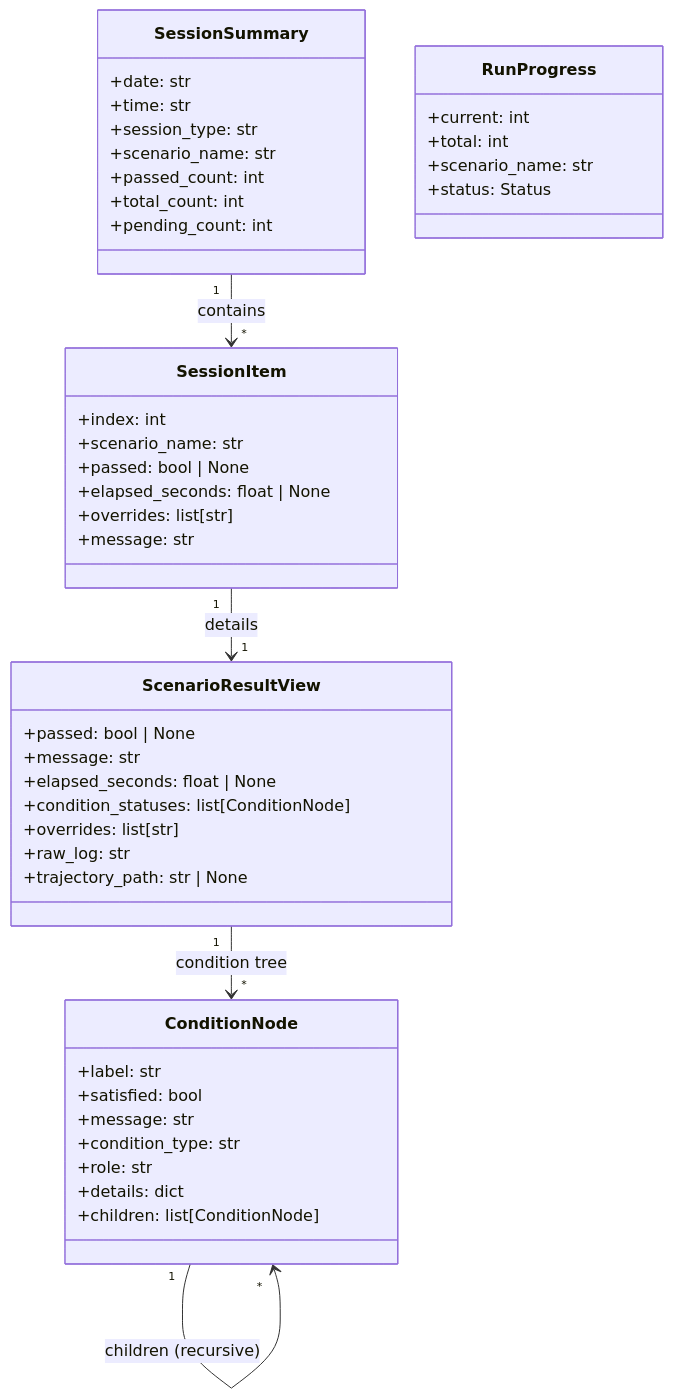
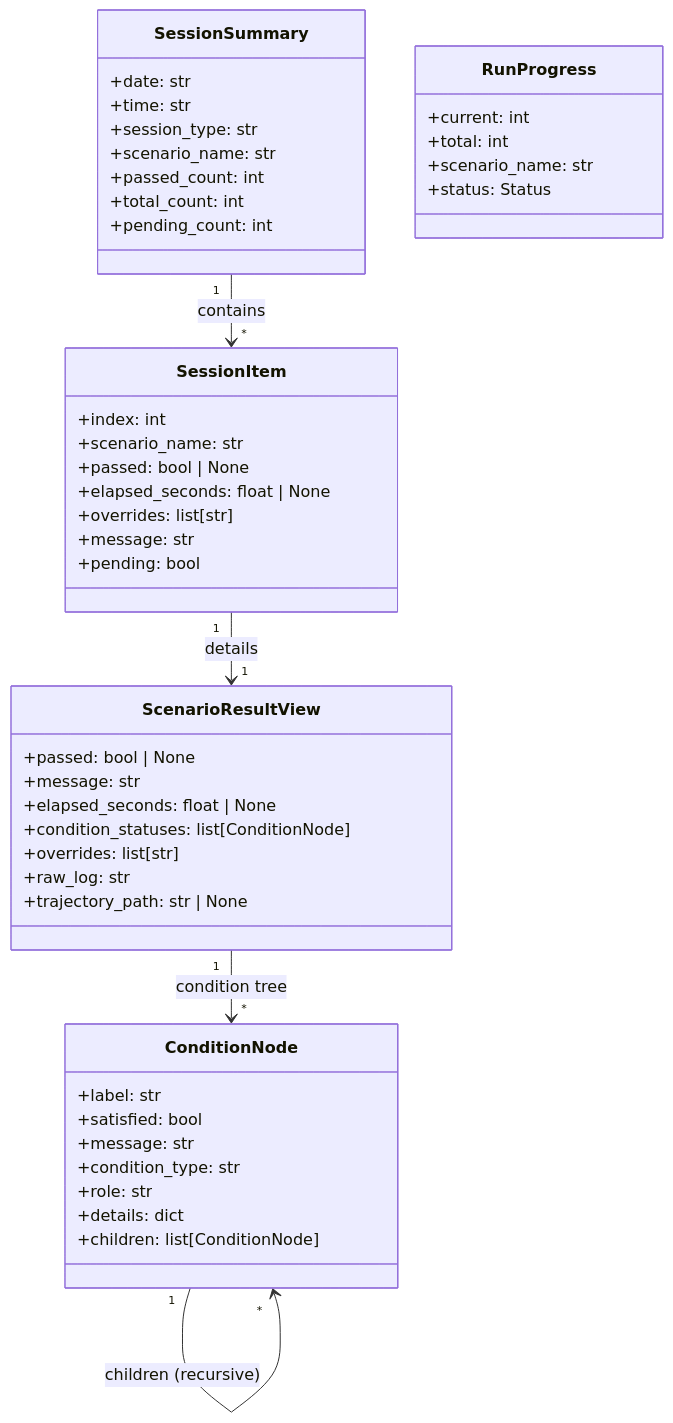
Before and after one commit to autowarefoundation/autoware_carla_scenario: the eighth of 13 diagrams in autoware_carla_scenario/docs/architecture.md, drawn with Mermaid. The commit also changed other lines of this file and 7 other files, not shown here.

````diff
--- a/autoware_carla_scenario/docs/architecture.md
+++ b/autoware_carla_scenario/docs/architecture.md
@@ -1073,53 +1073,54 @@
 ```mermaid
 classDiagram
     class SessionSummary {
         +date: str
         +time: str
         +session_type: str
         +scenario_name: str
         +passed_count: int
         +total_count: int
         +pending_count: int
     }
 
     class SessionItem {
         +index: int
         +scenario_name: str
         +passed: bool | None
         +elapsed_seconds: float | None
         +overrides: list[str]
         +message: str
+        +pending: bool
     }
 
     class ScenarioResultView {
         +passed: bool | None
         +message: str
         +elapsed_seconds: float | None
         +condition_statuses: list[ConditionNode]
         +overrides: list[str]
         +raw_log: str
         +trajectory_path: str | None
     }
 
     class ConditionNode {
         +label: str
         +satisfied: bool
         +message: str
         +condition_type: str
         +role: str
         +details: dict
         +children: list[ConditionNode]
     }
 
     class RunProgress {
         +current: int
         +total: int
         +scenario_name: str
         +status: Status
     }
 
     SessionSummary "1" --> "*" SessionItem : contains
     SessionItem "1" --> "1" ScenarioResultView : details
     ScenarioResultView "1" --> "*" ConditionNode : condition tree
     ConditionNode "1" --> "*" ConditionNode : children (recursive)
 ```
````
